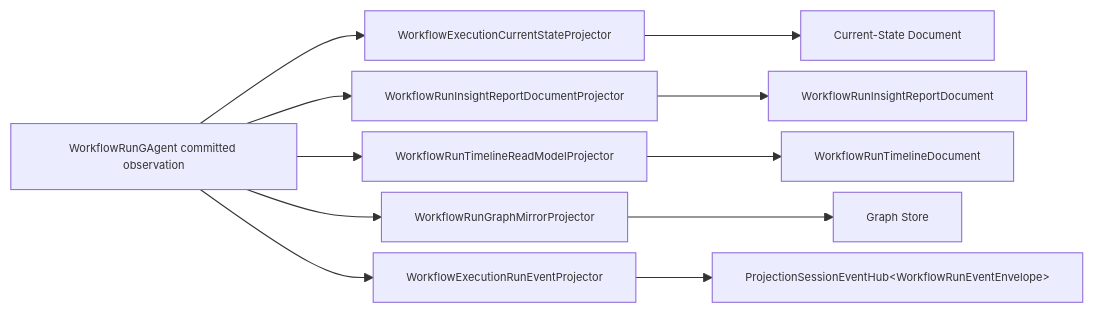
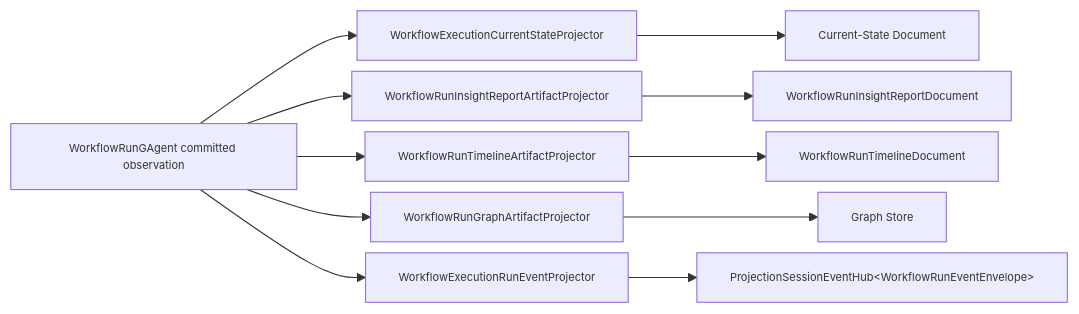
The diagram in src/workflow/Aevatar.Workflow.Projection/README.md (aevatarAI/aevatar), drawn with Mermaid before and after one commit. The commit also changed other lines of this file and 46 other files, not shown here.

````diff
--- a/src/workflow/Aevatar.Workflow.Projection/README.md
+++ b/src/workflow/Aevatar.Workflow.Projection/README.md
@@ -11,21 +12,21 @@
 ```mermaid
 %%{init: {"maxTextSize": 100000, "flowchart": {"useMaxWidth": false, "nodeSpacing": 10, "rankSpacing": 50}, "themeVariables": {"fontSize": "10px"}}}%%
 flowchart LR
   RUN["WorkflowRunGAgent committed observation"]
   CUR["WorkflowExecutionCurrentStateProjector"]
-  REP["WorkflowRunInsightReportDocumentProjector"]
-  TL["WorkflowRunTimelineReadModelProjector"]
-  GRA["WorkflowRunGraphMirrorProjector"]
+  REP["WorkflowRunInsightReportArtifactProjector"]
+  TL["WorkflowRunTimelineArtifactProjector"]
+  GRA["WorkflowRunGraphArtifactProjector"]
   AGUI["WorkflowExecutionRunEventProjector"]
   CURDOC["Current-State Document"]
   REPDOC["WorkflowRunInsightReportDocument"]
   TLDOC["WorkflowRunTimelineDocument"]
   GRAPH["Graph Store"]
   HUB["ProjectionSessionEventHub&lt;WorkflowRunEventEnvelope&gt;"]
 
   RUN --> CUR --> CURDOC
   RUN --> REP --> REPDOC
   RUN --> TL --> TLDOC
   RUN --> GRA --> GRAPH
   RUN --> AGUI --> HUB
 ```
````
